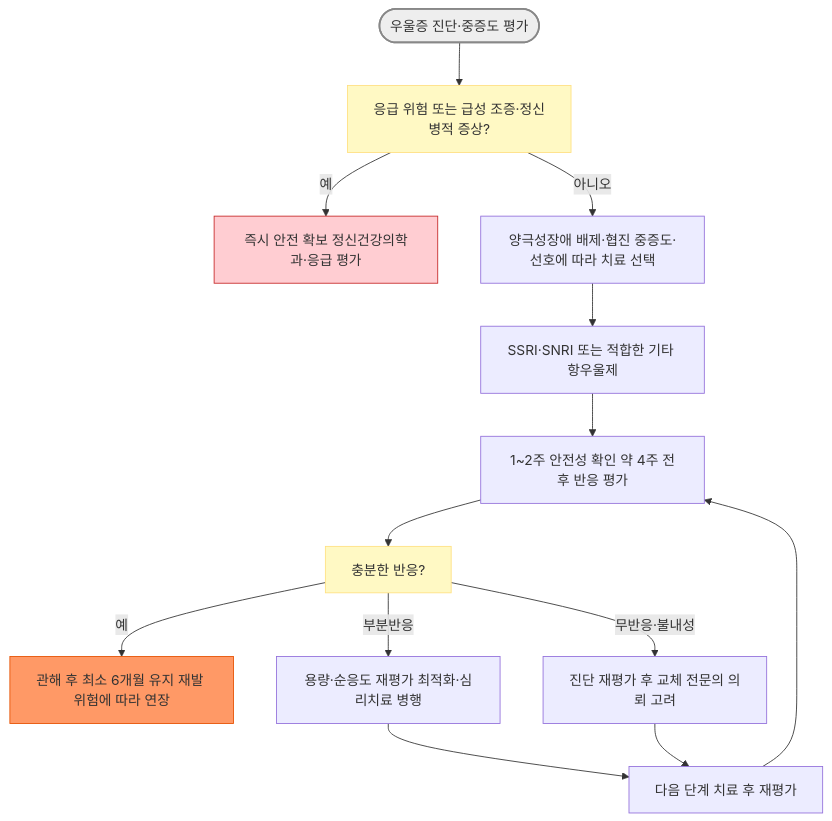
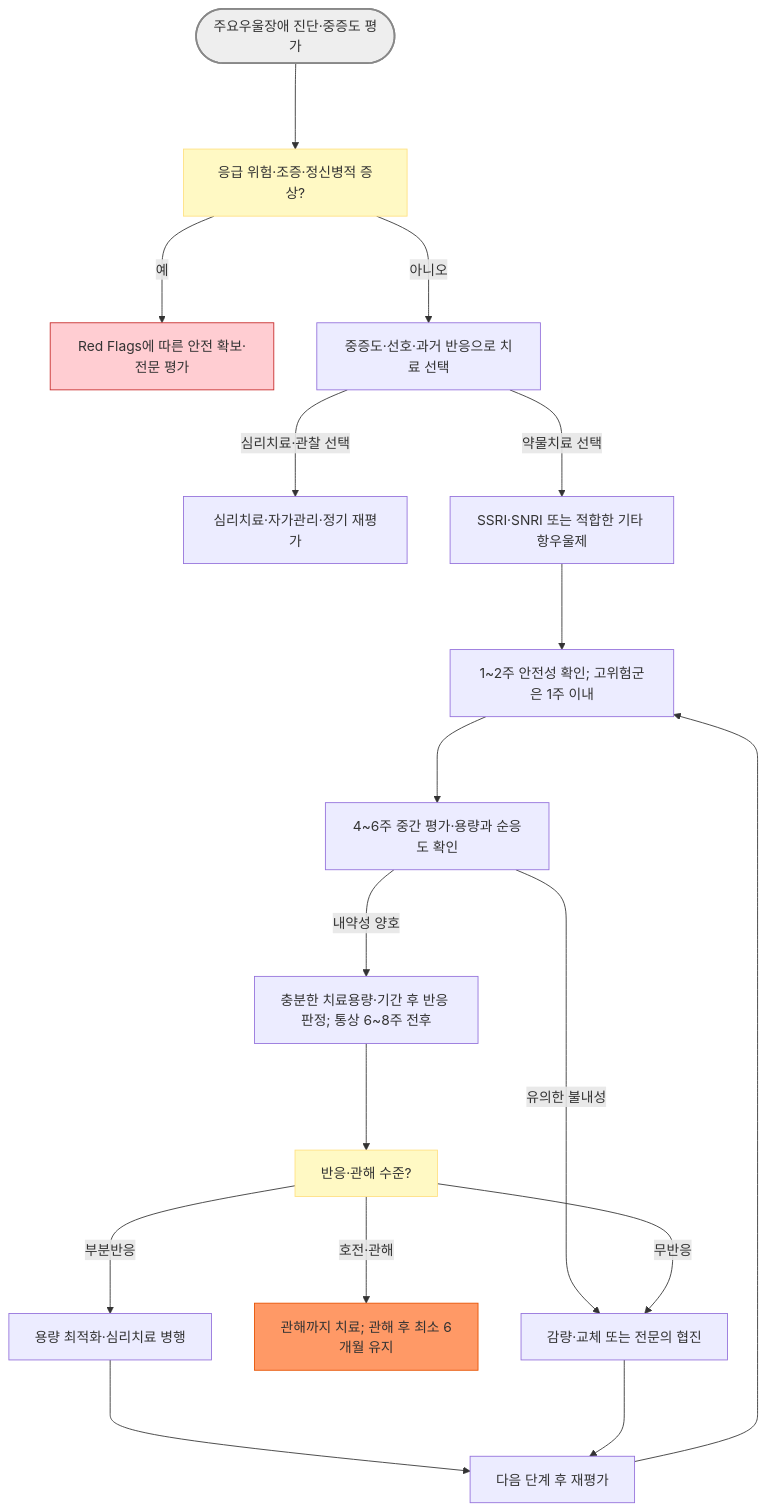
One commit to familyoh77/familyoh77 changed the first of 2 diagrams in 231_/213_-antidepressants-and-anxiolytics.md. Above: the diagram before and after it, drawn with Mermaid. The commit also changed other lines of this file, not shown here.

````diff
--- a/231_/213_-antidepressants-and-anxiolytics.md
+++ b/231_/213_-antidepressants-and-anxiolytics.md
@@ -62,21 +58,24 @@
 ```mermaid
 flowchart TD
-    A(["우울증 진단·중증도 평가"]) --> B["응급 위험 또는 급성 조증·정신병적 증상?"]
-    B -->|예| C["즉시 안전 확보 정신건강의학과·응급 평가"]
-    B -->|아니오| D["양극성장애 배제·협진 중증도·선호에 따라 치료 선택"]
-    D --> E["SSRI·SNRI 또는 적합한 기타 항우울제"]
-    E --> F["1~2주 안전성 확인 약 4주 전후 반응 평가"]
-    F --> G["충분한 반응?"]
-    G -->|예| H["관해 후 최소 6개월 유지 재발 위험에 따라 연장"]
-    G -->|부분반응| I["용량·순응도 재평가 최적화·심리치료 병행"]
-    G -->|무반응·불내성| J["진단 재평가 후 교체 전문의 의뢰 고려"]
-    I --> K["다음 단계 치료 후 재평가"]
-    J --> K
-    K --> F
-
+    A(["주요우울장애 진단·중증도 평가"]) ---> B["응급 위험·조증·정신병적 증상?"]
+    B --->|예| C["Red Flags에 따른 안전 확보·전문 평가"]
+    B --->|아니오| D["중증도·선호·과거 반응으로 치료 선택"]
+    D --->|심리치료·관찰 선택| P["심리치료·자가관리·정기 재평가"]
+    D --->|약물치료 선택| E["SSRI·SNRI 또는 적합한 기타 항우울제"]
+    E ---> F["1~2주 안전성 확인; 고위험군은 1주 이내"]
+    F ---> Q["4~6주 중간 평가·용량과 순응도 확인"]
+    Q --->|유의한 불내성| J["감량·교체 또는 전문의 협진"]
+    Q --->|내약성 양호| R["충분한 치료용량·기간 후 반응 판정; 통상 6~8주 전후"]
+    R ---> G["반응·관해 수준?"]
+    G --->|호전·관해| H["관해까지 치료; 관해 후 최소 6개월 유지"]
+    G --->|부분반응| I["용량 최적화·심리치료 병행"]
+    G --->|무반응| J
+    I ---> K["다음 단계 후 재평가"]
+    J ---> K
+    K ---> F
     style A fill:#eeeeee,stroke:#888888,stroke-width:2px
     style B fill:#fff9c4,stroke:#ffe082
     style G fill:#fff9c4,stroke:#ffe082
     style C fill:#ffcdd2,stroke:#c62828
     style H fill:#f96,stroke:#e65100
 ```
````
